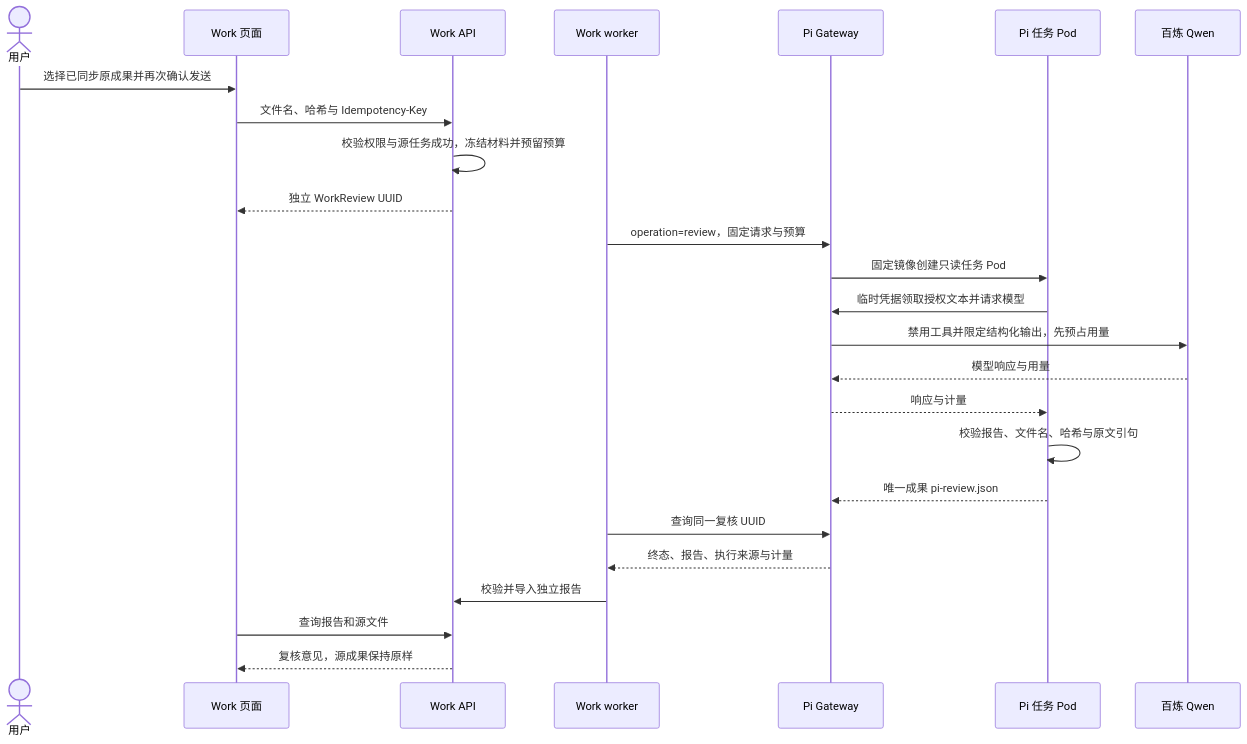
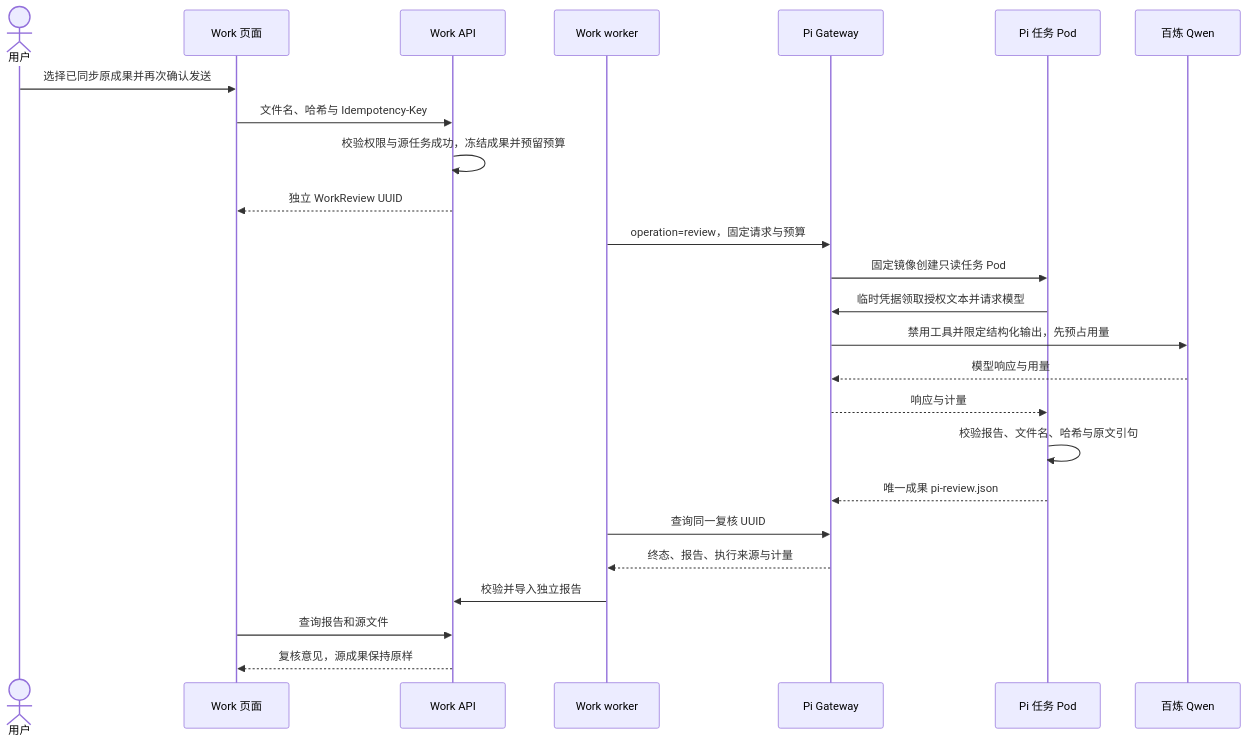
One commit to John-Shao/we-meet changed the third of 3 diagrams in docs/features/work-agent-architecture.md. Above: the diagram before and after it, drawn with Mermaid. The commit also changed other lines of this file and 116 other files, not shown here.

````diff
--- a/docs/features/work-agent-architecture.md
+++ b/docs/features/work-agent-architecture.md
@@ -178,27 +179,27 @@
 ```mermaid
 sequenceDiagram
   actor User as 用户
   participant UI as Work 页面
   participant API as Work API
   participant Tick as Work worker
   participant GW as Pi Gateway
   participant PI as Pi 任务 Pod
   participant Model as 百炼 Qwen
   User->>UI: 选择已同步原成果并再次确认发送
   UI->>API: 文件名、哈希与 Idempotency-Key
-  API->>API: 校验权限与源任务成功，冻结材料并预留预算
+  API->>API: 校验权限与源任务成功，冻结成果并预留预算
   API-->>UI: 独立 WorkReview UUID
   Tick->>GW: operation=review，固定请求与预算
   GW->>PI: 固定镜像创建只读任务 Pod
   PI->>GW: 临时凭据领取授权文本并请求模型
   GW->>Model: 禁用工具并限定结构化输出，先预占用量
   Model-->>GW: 模型响应与用量
   GW-->>PI: 响应与计量
   PI->>PI: 校验报告、文件名、哈希与原文引句
   PI-->>GW: 唯一成果 pi-review.json
   Tick->>GW: 查询同一复核 UUID
   GW-->>Tick: 终态、报告、执行来源与计量
   Tick->>API: 校验并导入独立报告
   UI->>API: 查询报告和源文件
   API-->>UI: 复核意见，源成果保持原样
 ```
````
